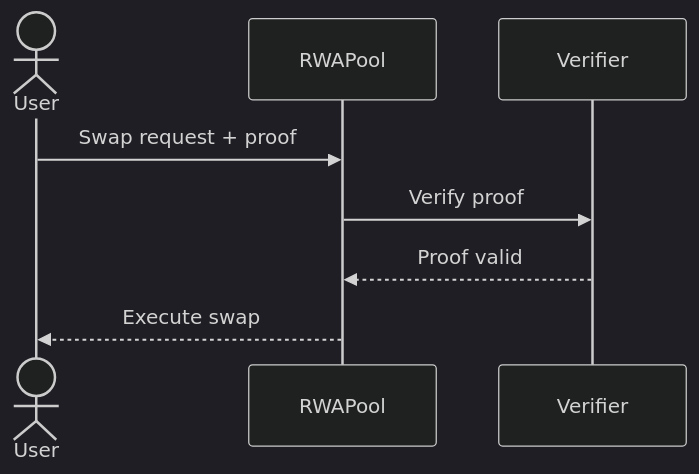
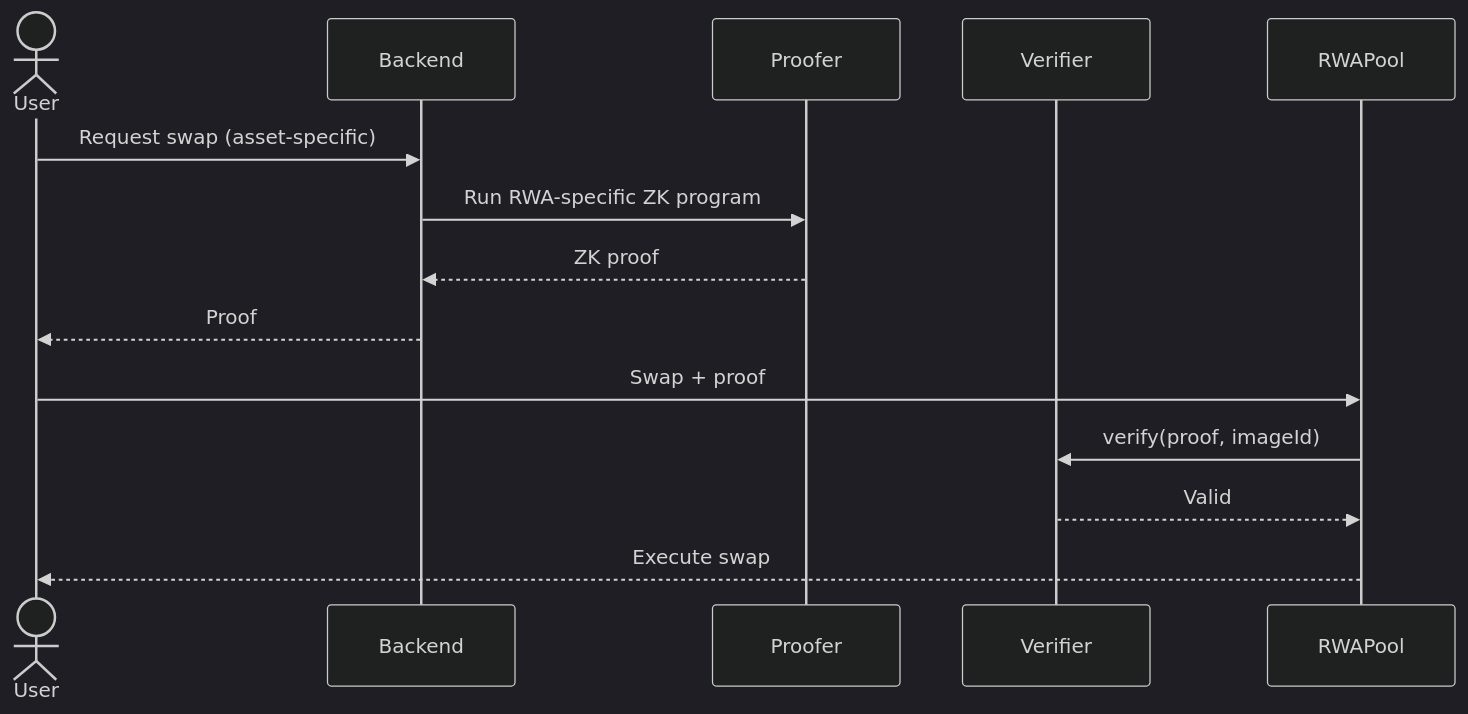
Before and after one commit to yehia67/mantle-usd: the third of 5 diagrams in README.md, drawn with Mermaid (dark theme). The commit also changed other lines of this file, not shown here.

````diff
--- a/README.md
+++ b/README.md
@@ -110,11 +185,18 @@
 ```mermaid
 sequenceDiagram
     actor User
+    participant Backend
+    participant Proofer
+    participant Verifier
     participant RWAPool
-    participant Verifier
 
-    User->>RWAPool: Swap request + proof
-    RWAPool->>Verifier: Verify proof
-    Verifier-->>RWAPool: Proof valid
+    User->>Backend: Request swap (asset-specific)
+    Backend->>Proofer: Run RWA-specific ZK program
+    Proofer-->>Backend: ZK proof
+    Backend-->>User: Proof
+
+    User->>RWAPool: Swap + proof
+    RWAPool->>Verifier: verify(proof, imageId)
+    Verifier-->>RWAPool: Valid
     RWAPool-->>User: Execute swap
 ```
````
